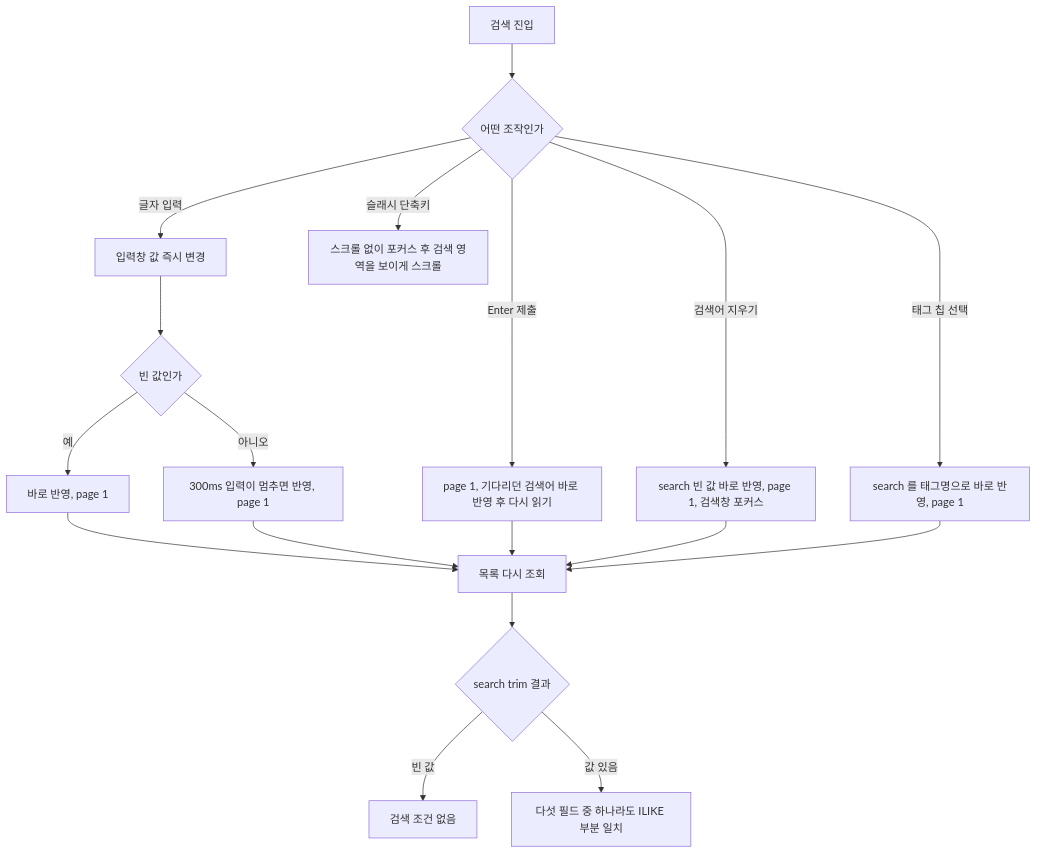
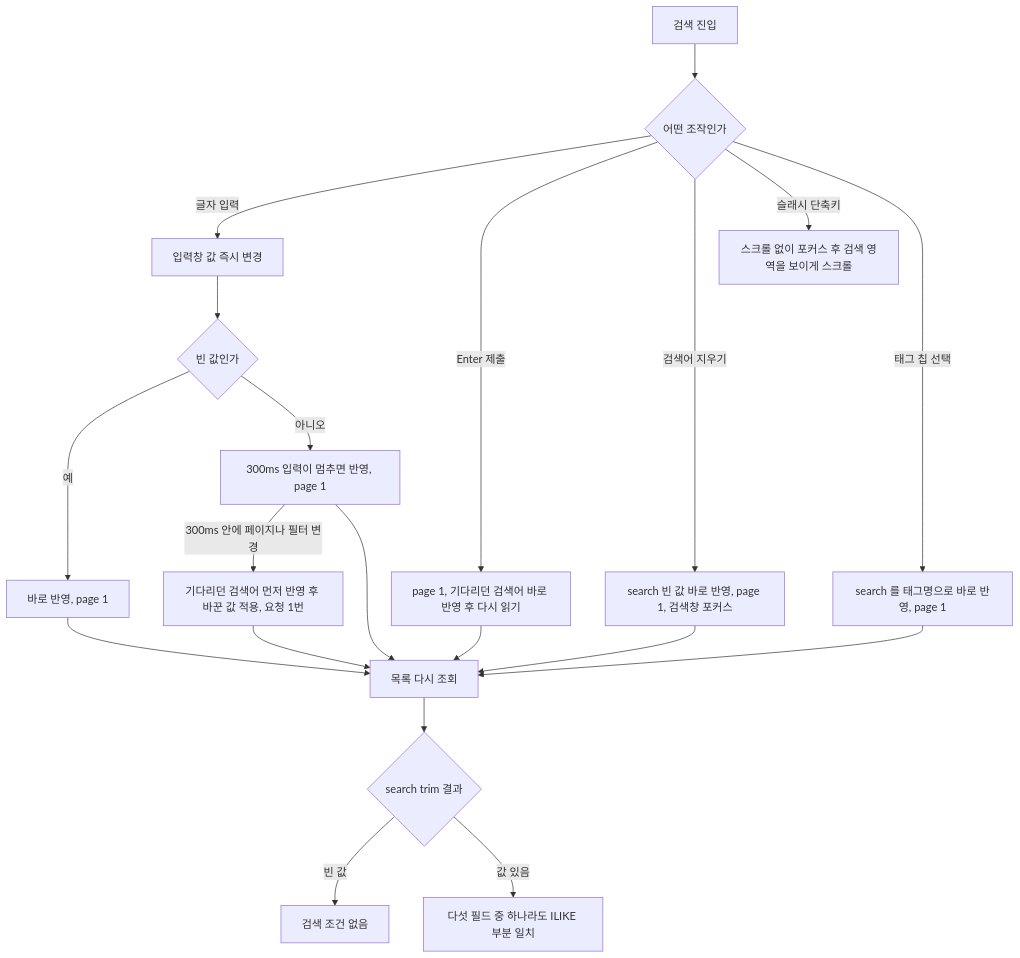
The fifth of 19 diagrams in docs/spec-writer/fsd/01_NEWS_FEED_SPECIFICATION.md (ozplayground/agent-lens), drawn with Mermaid before and after one commit. The commit also changed other lines of this file and 216 other files, not shown here.

````diff
--- a/docs/spec-writer/fsd/01_NEWS_FEED_SPECIFICATION.md
+++ b/docs/spec-writer/fsd/01_NEWS_FEED_SPECIFICATION.md
@@ -407,20 +407,22 @@
 ```mermaid
 flowchart TD
     A["검색 진입"] --> B{"어떤 조작인가"}
     B -->|글자 입력| C["입력창 값 즉시 변경"]
     C --> C1{"빈 값인가"}
     C1 -->|예| C2["바로 반영, page 1"]
     C1 -->|아니오| C3["300ms 입력이 멈추면 반영, page 1"]
     B -->|Enter 제출| D["page 1, 기다리던 검색어 바로 반영 후 다시 읽기"]
     B -->|검색어 지우기| E["search 빈 값 바로 반영, page 1, 검색창 포커스"]
     B -->|슬래시 단축키| F["스크롤 없이 포커스 후 검색 영역을 보이게 스크롤"]
     B -->|태그 칩 선택| G["search 를 태그명으로 바로 반영, page 1"]
+    C3 -->|300ms 안에 페이지나 필터 변경| P["기다리던 검색어 먼저 반영 후 바꾼 값 적용, 요청 1번"]
+    P --> H
     C2 --> H["목록 다시 조회"]
     C3 --> H
     D --> H
     E --> H
     G --> H
     H --> I{"search trim 결과"}
     I -->|빈 값| J["검색 조건 없음"]
     I -->|값 있음| K["다섯 필드 중 하나라도 ILIKE 부분 일치"]
 ```
````
